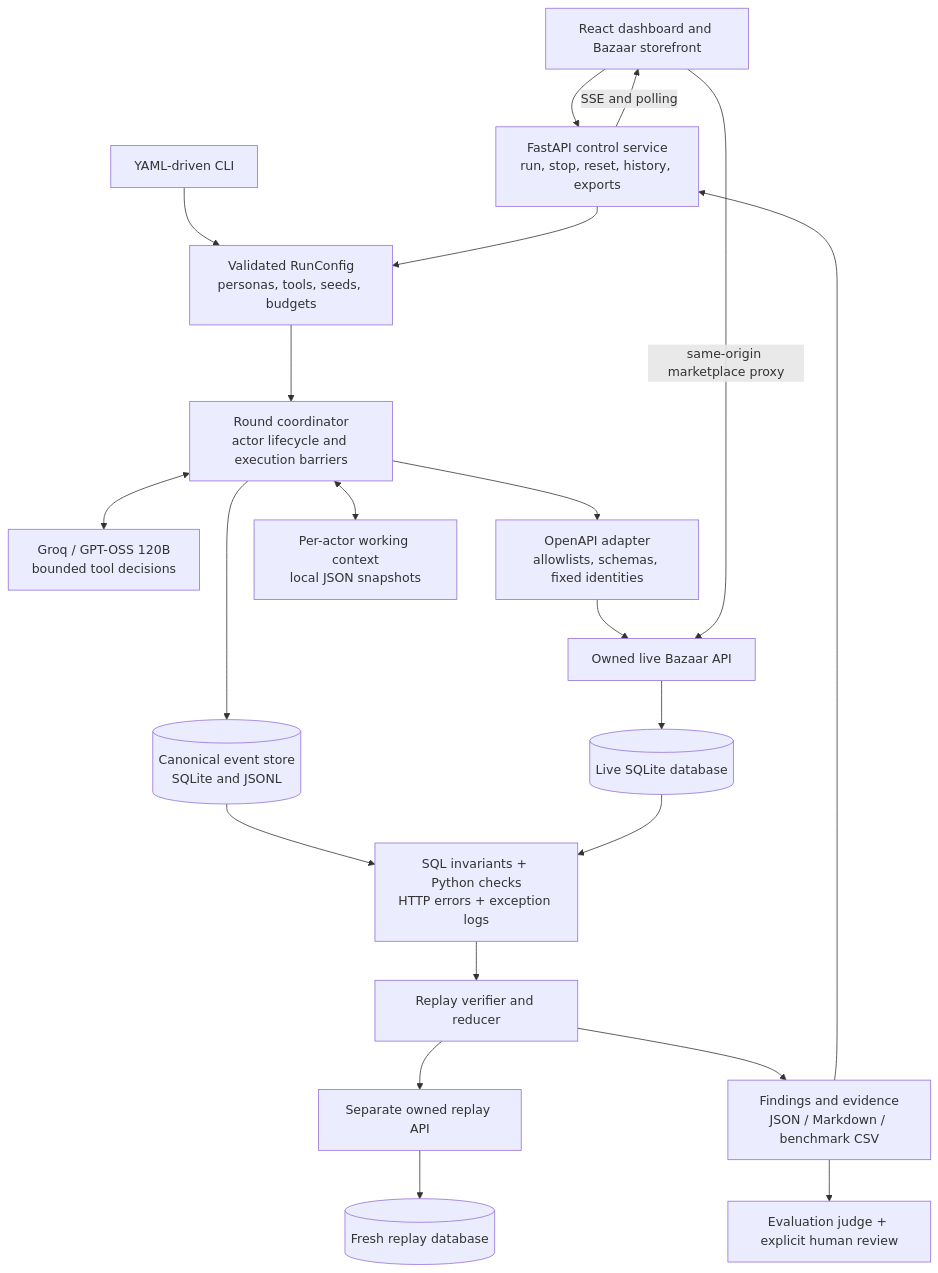
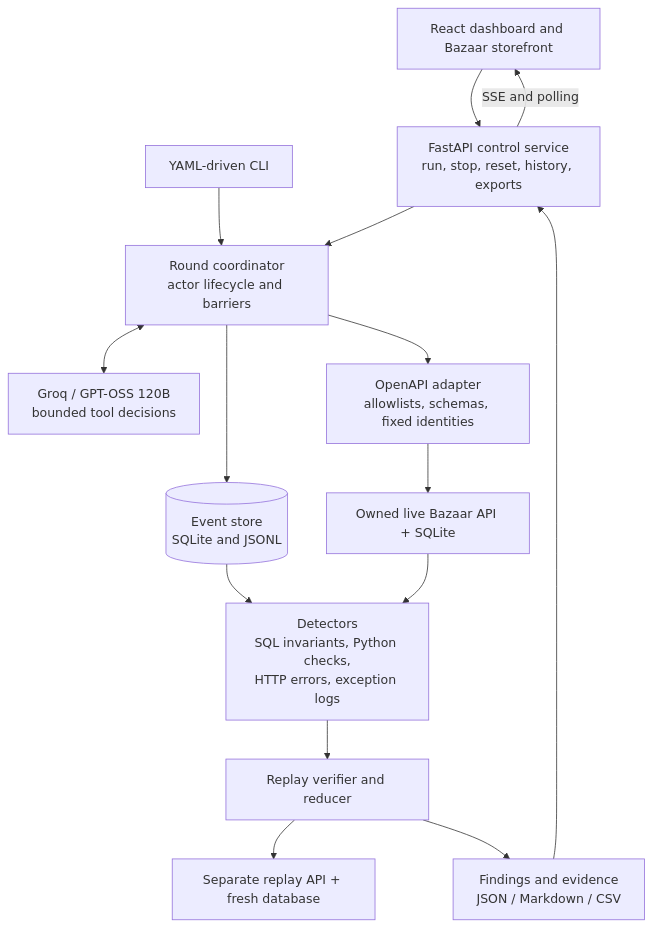
Before and after one commit to ParthGupta1304/SWARM: the third of 8 diagrams in README.md, drawn with Mermaid. The commit also changed other lines of this file, not shown here.

````diff
--- a/README.md
+++ b/README.md
@@ -132,41 +115,26 @@
-~~~mermaid
+```mermaid
 flowchart TB
     UI["React dashboard and Bazaar storefront"]
     CLI["YAML-driven CLI"]
     API["FastAPI control service<br/>run, stop, reset, history, exports"]
-    CONFIG["Validated RunConfig<br/>personas, tools, seeds, budgets"]
-    COORD["Round coordinator<br/>actor lifecycle and execution barriers"]
+    COORD["Round coordinator<br/>actor lifecycle and barriers"]
     LLM["Groq / GPT-OSS 120B<br/>bounded tool decisions"]
     TOOLS["OpenAPI adapter<br/>allowlists, schemas, fixed identities"]
-    LIVE["Owned live Bazaar API"]
-    LIVEDB[("Live SQLite database")]
-    EVENTS[("Canonical event store<br/>SQLite and JSONL")]
-    DETECT["SQL invariants + Python checks<br/>HTTP errors + exception logs"]
+    LIVE["Owned live Bazaar API + SQLite"]
+    EVENTS[("Event store<br/>SQLite and JSONL")]
+    DETECT["Detectors<br/>SQL invariants, Python checks,<br/>HTTP errors, exception logs"]
     VERIFY["Replay verifier and reducer"]
-    REPLAY["Separate owned replay API"]
-    REPLAYDB[("Fresh replay database")]
-    CONTEXT["Per-actor working context<br/>local JSON snapshots"]
-    REPORTS["Findings and evidence<br/>JSON / Markdown / benchmark CSV"]
-    REVIEW["Evaluation judge + explicit human review"]
+    REPLAY["Separate replay API + fresh database"]
+    REPORTS["Findings and evidence<br/>JSON / Markdown / CSV"]
 
     UI --> API
-    CLI --> CONFIG
-    API --> CONFIG
-    CONFIG --> COORD
+    CLI --> COORD
+    API --> COORD
     COORD <--> LLM
-    COORD <--> CONTEXT
-    COORD --> TOOLS
-    TOOLS --> LIVE
-    LIVE --> LIVEDB
-    UI -->|"same-origin marketplace proxy"| LIVE
-    COORD --> EVENTS
-    EVENTS --> DETECT
-    LIVEDB --> DETECT
-    DETECT --> VERIFY
-    VERIFY --> REPLAY
-    REPLAY --> REPLAYDB
-    VERIFY --> REPORTS
-    REPORTS --> REVIEW
-    REPORTS --> API
+    COORD --> TOOLS --> LIVE
+    COORD --> EVENTS --> DETECT
+    LIVE --> DETECT
+    DETECT --> VERIFY --> REPLAY
+    VERIFY --> REPORTS --> API
     API -->|"SSE and polling"| UI
-~~~
+```
````
